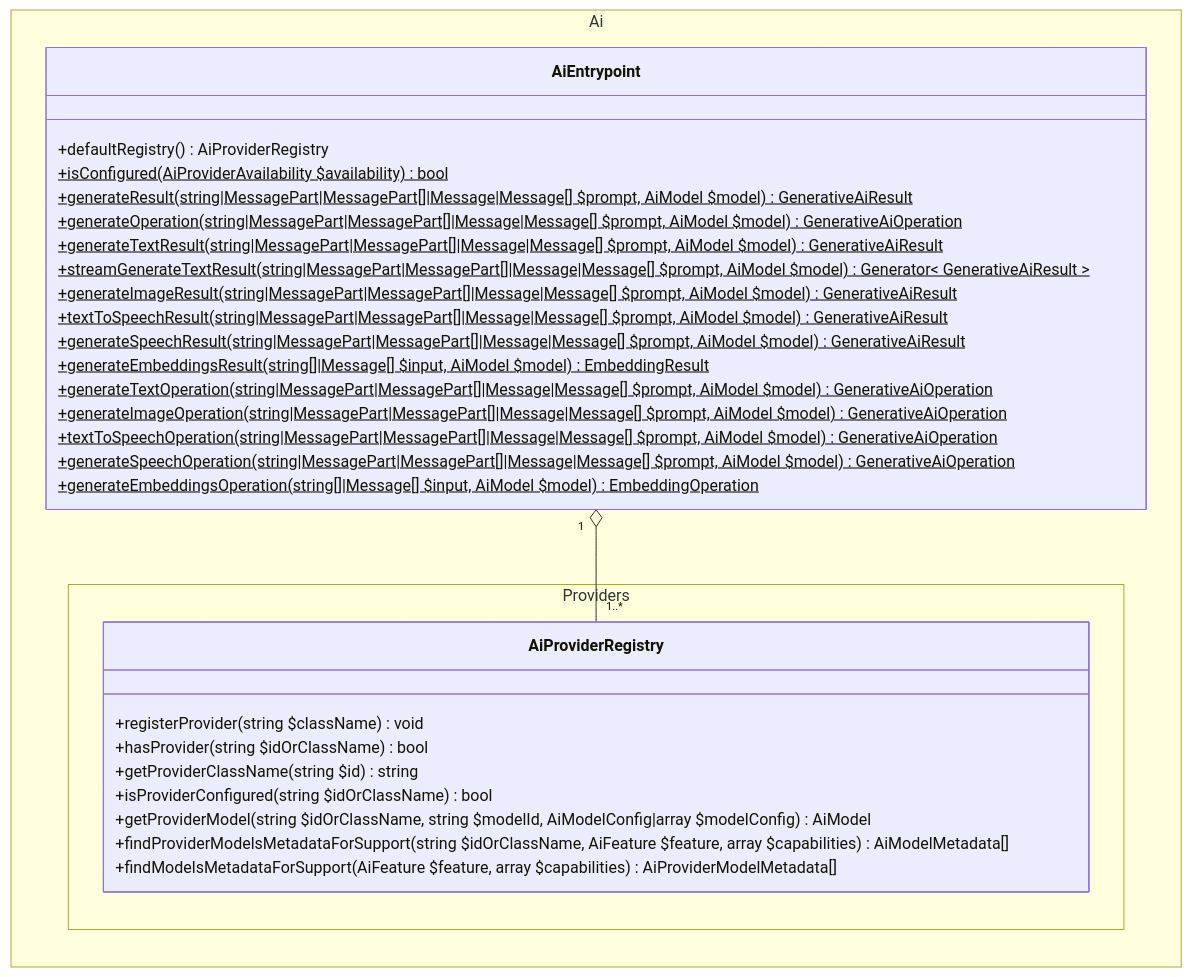
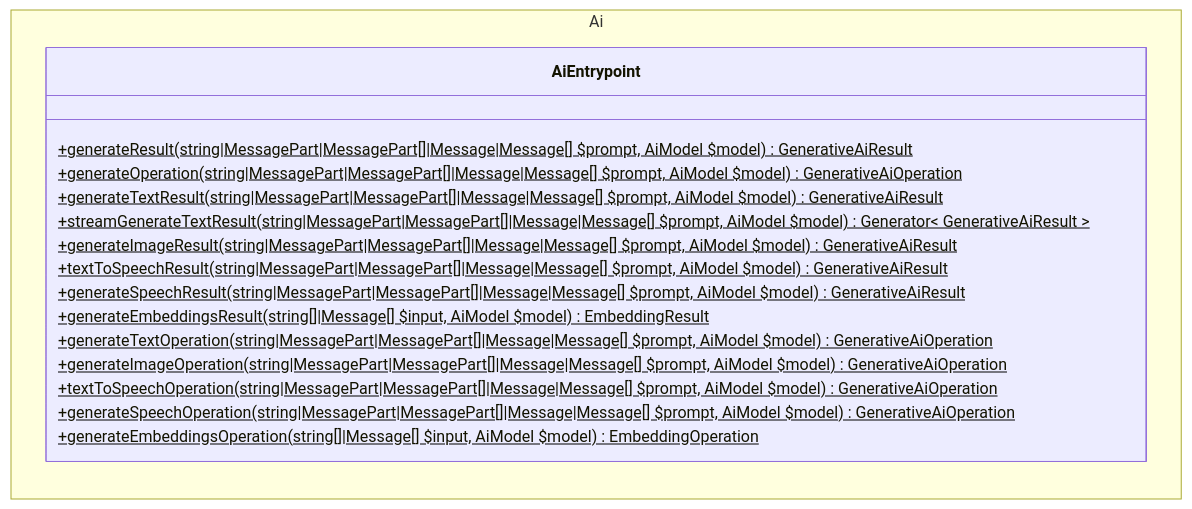
The second of 5 diagrams in docs/ARCHITECTURE.md (WordPress/php-ai-client), drawn with Mermaid before and after one commit. The commit also changed other lines of this file, not shown here.

Commit message:
Revise class diagrams to include fluent API infrastructure, and reorganize overview diagrams for easier understanding.

````diff
--- a/docs/ARCHITECTURE.md
+++ b/docs/ARCHITECTURE.md
@@ -212,41 +279,26 @@
 ```mermaid
 ---
 config:
   class:
     hideEmptyMembersBox: true
 ---
 classDiagram
 direction LR
     namespace Ai {
         class AiEntrypoint {
-            +defaultRegistry() AiProviderRegistry
-            +isConfigured(AiProviderAvailability $availability) bool$
             +generateResult(string|MessagePart|MessagePart[]|Message|Message[] $prompt, AiModel $model) GenerativeAiResult$
             +generateOperation(string|MessagePart|MessagePart[]|Message|Message[] $prompt, AiModel $model) GenerativeAiOperation$
             +generateTextResult(string|MessagePart|MessagePart[]|Message|Message[] $prompt, AiModel $model) GenerativeAiResult$
             +streamGenerateTextResult(string|MessagePart|MessagePart[]|Message|Message[] $prompt, AiModel $model) Generator< GenerativeAiResult >$
             +generateImageResult(string|MessagePart|MessagePart[]|Message|Message[] $prompt, AiModel $model) GenerativeAiResult$
             +textToSpeechResult(string|MessagePart|MessagePart[]|Message|Message[] $prompt, AiModel $model) GenerativeAiResult$
             +generateSpeechResult(string|MessagePart|MessagePart[]|Message|Message[] $prompt, AiModel $model) GenerativeAiResult$
             +generateEmbeddingsResult(string[]|Message[] $input, AiModel $model) EmbeddingResult$
             +generateTextOperation(string|MessagePart|MessagePart[]|Message|Message[] $prompt, AiModel $model) GenerativeAiOperation$
             +generateImageOperation(string|MessagePart|MessagePart[]|Message|Message[] $prompt, AiModel $model) GenerativeAiOperation$
             +textToSpeechOperation(string|MessagePart|MessagePart[]|Message|Message[] $prompt, AiModel $model) GenerativeAiOperation$
             +generateSpeechOperation(string|MessagePart|MessagePart[]|Message|Message[] $prompt, AiModel $model) GenerativeAiOperation$
             +generateEmbeddingsOperation(string[]|Message[] $input, AiModel $model) EmbeddingOperation$
         }
     }
-    namespace Ai.Providers {
-        class AiProviderRegistry {
-            +registerProvider(string $className) void
-            +hasProvider(string $idOrClassName) bool
-            +getProviderClassName(string $id) string
-            +isProviderConfigured(string $idOrClassName) bool
-            +getProviderModel(string $idOrClassName, string $modelId, AiModelConfig|array $modelConfig) AiModel
-            +findProviderModelsMetadataForSupport(string $idOrClassName, AiFeature $feature, array<string, mixed > $capabilities) AiModelMetadata[]
-            +findModelsMetadataForSupport(AiFeature $feature, array<string, mixed > $capabilities) AiProviderModelMetadata[]
-        }
-    }
-
-    AiEntrypoint "1" o-- "1..*" AiProviderRegistry
 ```
````
